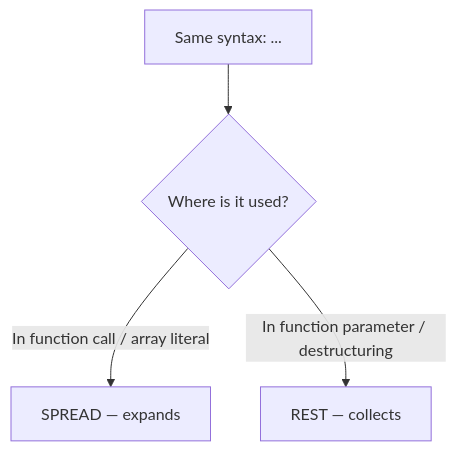
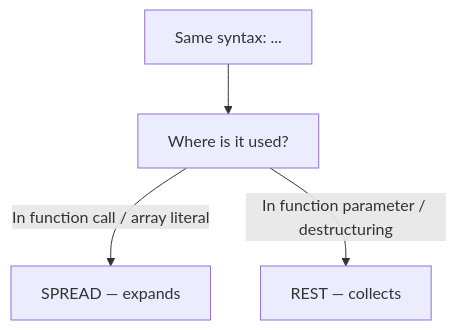
Before and after one commit to rajmpawar-hash/ByteNotes: the third of 3 diagrams in src/notes/javascript/2-objects-and-arrays/01-objects-and-es6/02-destructuring-spread-rest.md, drawn with Mermaid. The commit also changed other lines of this file and 35 other files, not shown here.

Commit message:
chore: deduplicate notes, fix Mermaid syntax, and update GEMINI.md rules

````diff
--- a/src/notes/javascript/2-objects-and-arrays/01-objects-and-es6/02-destructuring-spread-rest.md
+++ b/src/notes/javascript/2-objects-and-arrays/01-objects-and-es6/02-destructuring-spread-rest.md
@@ -242,6 +121,6 @@
 ```mermaid
 flowchart TD
-    A["Same syntax: ..."] --> B{"Where is it used?"}
-    B -->|"In function call / array literal"| C["SPREAD — expands"]
-    B -->|"In function parameter / destructuring"| D["REST — collects"]
+    A["Same syntax: ..."] --> B["Where is it used?"]
+    B -->|In function call / array literal| C["SPREAD — expands"]
+    B -->|In function parameter / destructuring| D["REST — collects"]
 ```
````
